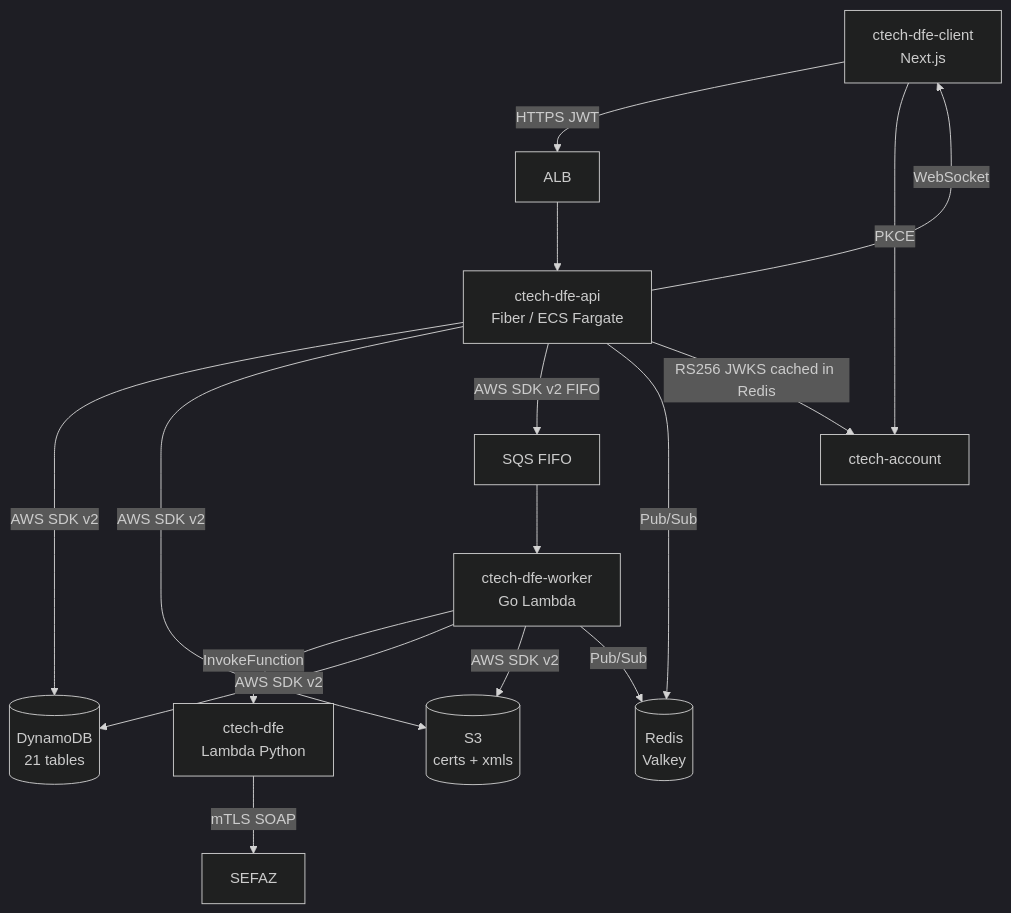
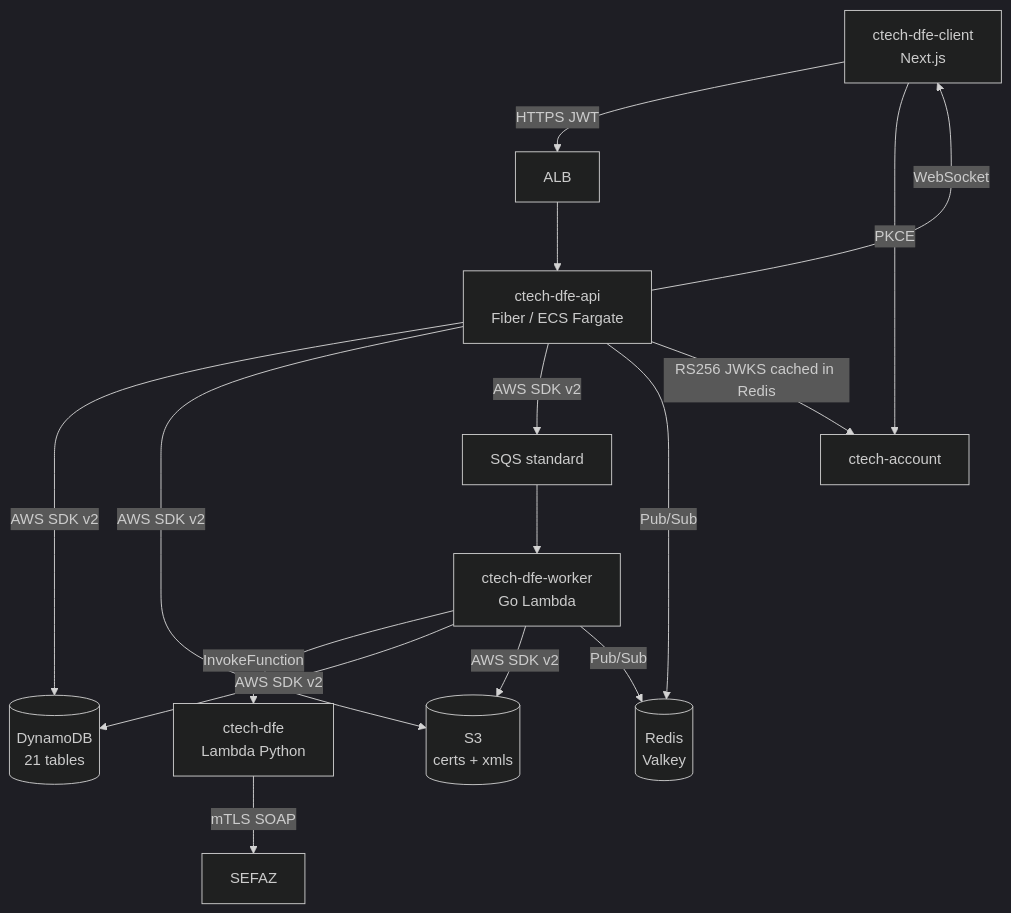
One commit to artur-oliveira/ctech-dfe changed the second of 4 diagrams in MIGRATION.md. Above: the diagram before and after it, drawn with Mermaid (dark theme). The commit also changed other lines of this file and 5 other files, not shown here.

Commit message:
docs: correct SQS FIFO claims and org header name across docs

````diff
--- a/MIGRATION.md
+++ b/MIGRATION.md
@@ -191,18 +191,18 @@
 ```mermaid
 graph TD
     Client[ctech-dfe-client\nNext.js] -->|HTTPS JWT| ALB[ALB]
     ALB --> API[ctech-dfe-api\nFiber / ECS Fargate]
     API -->|AWS SDK v2| DDB[(DynamoDB\n21 tables)]
     API -->|AWS SDK v2| S3[(S3\ncerts + xmls)]
-    API -->|AWS SDK v2 FIFO| SQS[SQS FIFO]
+    API -->|AWS SDK v2| SQS[SQS standard]
     API -->|Pub/Sub| Redis[(Redis\nValkey)]
     SQS --> Worker[ctech-dfe-worker\nGo Lambda]
     Worker -->|InvokeFunction| PyDfe[ctech-dfe\nLambda Python]
     PyDfe -->|mTLS SOAP| SEFAZ[SEFAZ]
     Worker -->|AWS SDK v2| DDB
     Worker -->|AWS SDK v2| S3
     Worker -->|Pub/Sub| Redis
     API -->|WebSocket| Client
     API -->|RS256 JWKS cached in Redis| CTA[ctech-account]
     Client -->|PKCE| CTA
 ```
````
